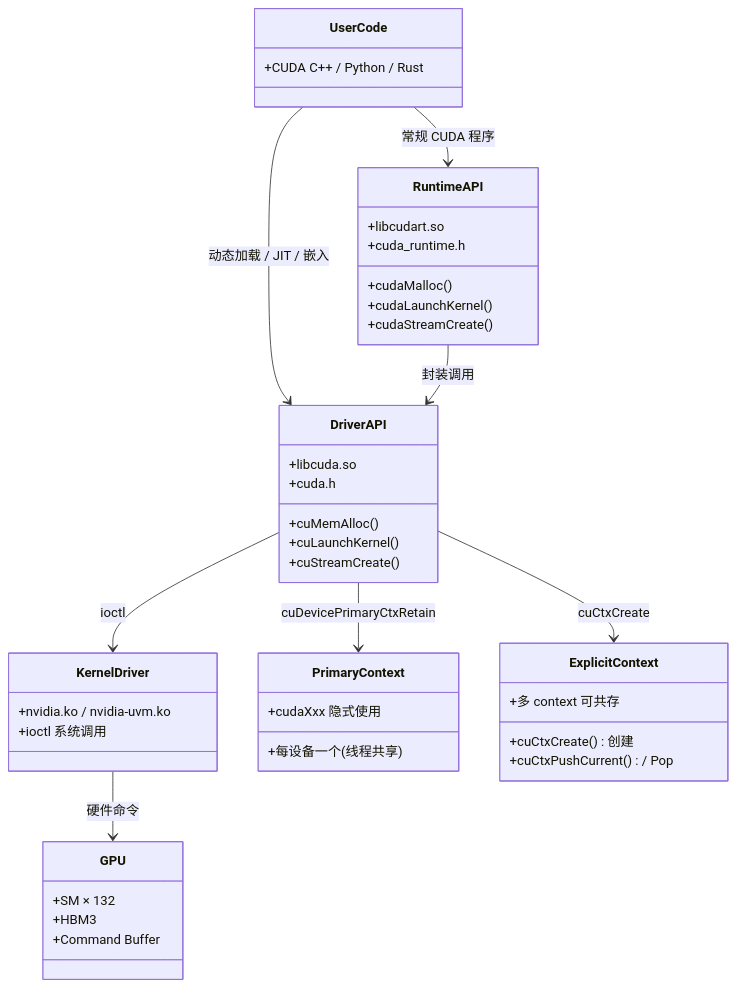
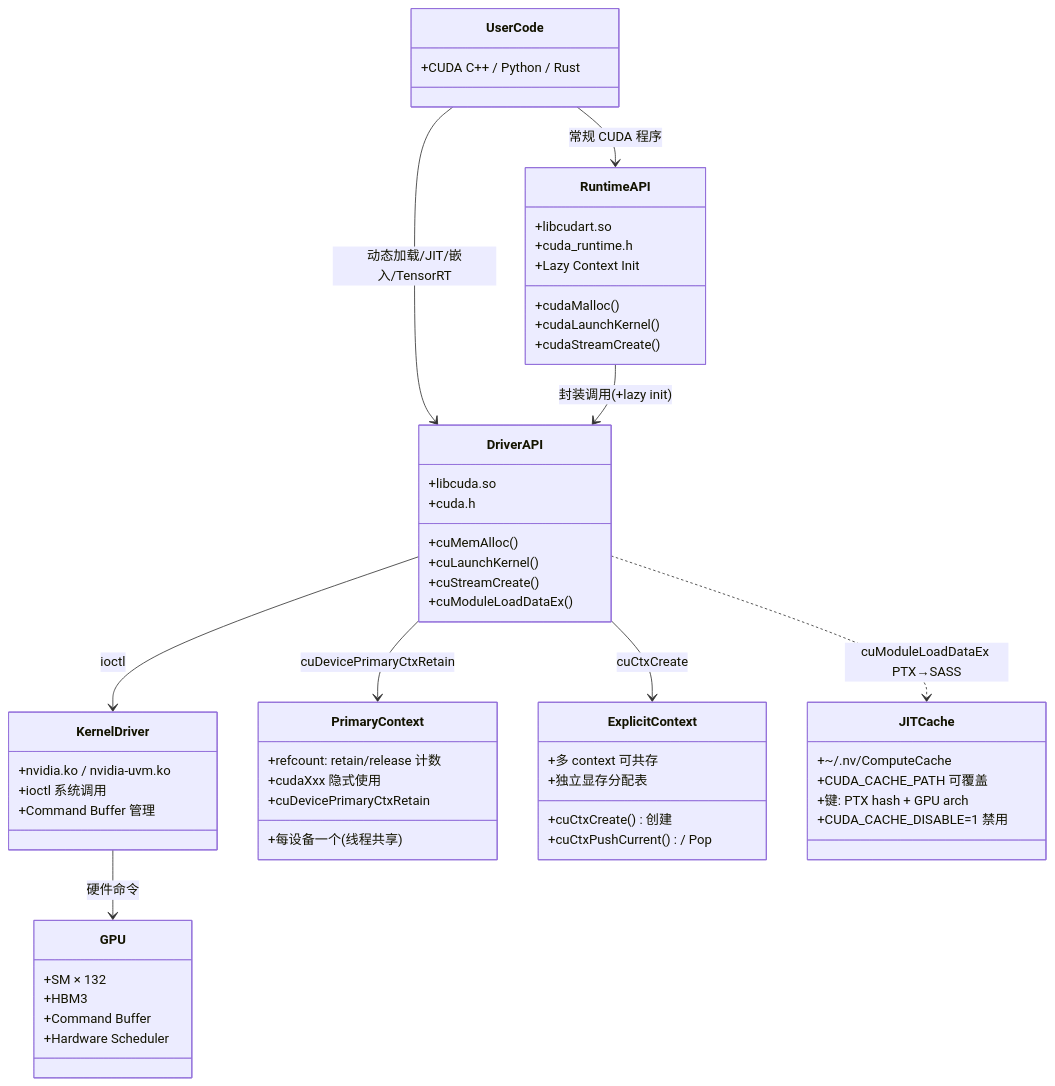
The first of 2 diagrams in docs/cuda-zh/20-cuda-driver-api.md (qxhy123/gpu), drawn with Mermaid before and after one commit. The commit also changed other lines of this file, not shown here.

First line of the commit message:
deepen ch20: CUDA driver API to 4033 zh chars

````diff
--- a/docs/cuda-zh/20-cuda-driver-api.md
+++ b/docs/cuda-zh/20-cuda-driver-api.md
@@ -23,46 +39,60 @@
 ```mermaid
 classDiagram
     class UserCode {
         +CUDA C++ / Python / Rust
     }
     class RuntimeAPI {
         +cudaMalloc()
         +cudaLaunchKernel()
         +cudaStreamCreate()
         +libcudart.so
         +cuda_runtime.h
+        +Lazy Context Init
     }
     class DriverAPI {
         +cuMemAlloc()
         +cuLaunchKernel()
         +cuStreamCreate()
+        +cuModuleLoadDataEx()
         +libcuda.so
         +cuda.h
     }
     class KernelDriver {
         +nvidia.ko / nvidia-uvm.ko
         +ioctl 系统调用
+        +Command Buffer 管理
     }
     class GPU {
         +SM × 132
         +HBM3
         +Command Buffer
+        +Hardware Scheduler
     }
     class PrimaryContext {
         +每设备一个(线程共享)
+        +refcount: retain/release 计数
         +cudaXxx 隐式使用
+        +cuDevicePrimaryCtxRetain
     }
     class ExplicitContext {
         +cuCtxCreate() 创建
         +cuCtxPushCurrent() / Pop
         +多 context 可共存
+        +独立显存分配表
+    }
+    class JITCache {
+        +~/.nv/ComputeCache
+        +CUDA_CACHE_PATH 可覆盖
+        +键: PTX hash + GPU arch
+        +CUDA_CACHE_DISABLE=1 禁用
     }
 
     UserCode --> RuntimeAPI : 常规 CUDA 程序
-    UserCode --> DriverAPI : 动态加载 / JIT / 嵌入
-    RuntimeAPI --> DriverAPI : 封装调用
+    UserCode --> DriverAPI : 动态加载/JIT/嵌入/TensorRT
+    RuntimeAPI --> DriverAPI : 封装调用(+lazy init)
     DriverAPI --> KernelDriver : ioctl
     KernelDriver --> GPU : 硬件命令
     DriverAPI --> PrimaryContext : cuDevicePrimaryCtxRetain
     DriverAPI --> ExplicitContext : cuCtxCreate
+    DriverAPI ..> JITCache : cuModuleLoadDataEx PTX→SASS
 ```
````
